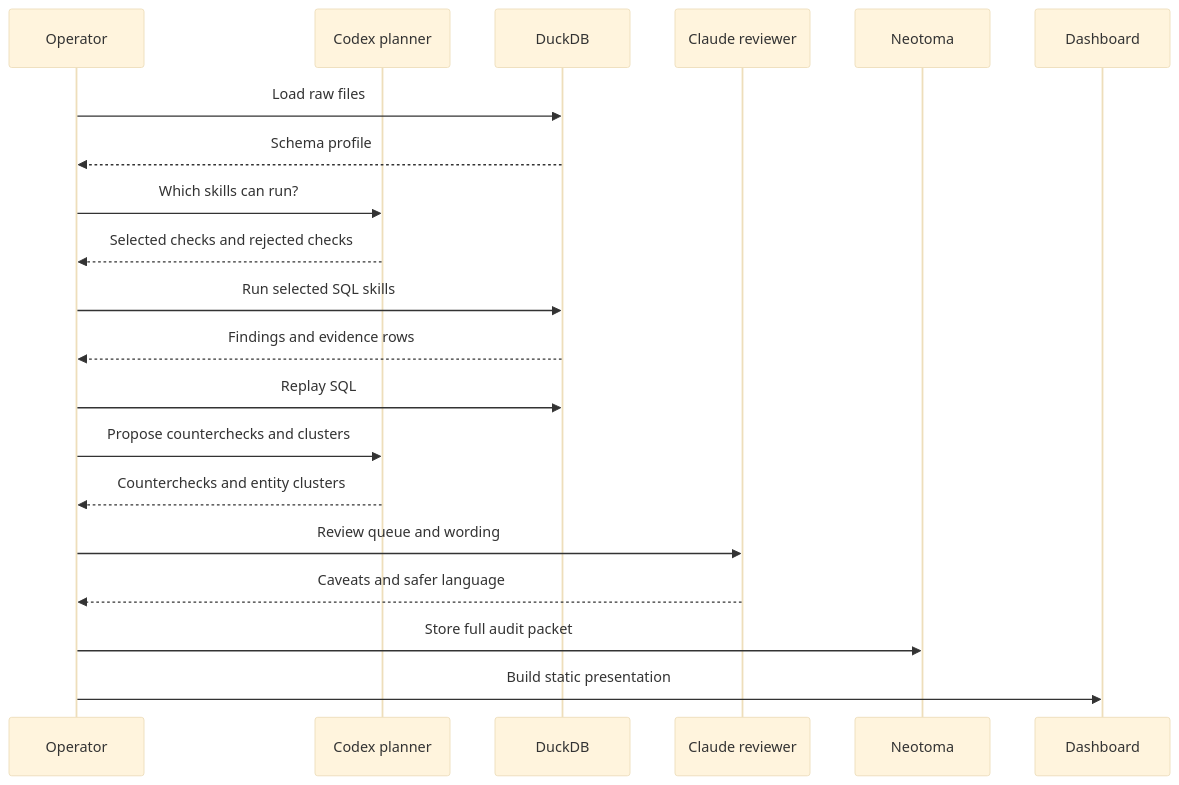
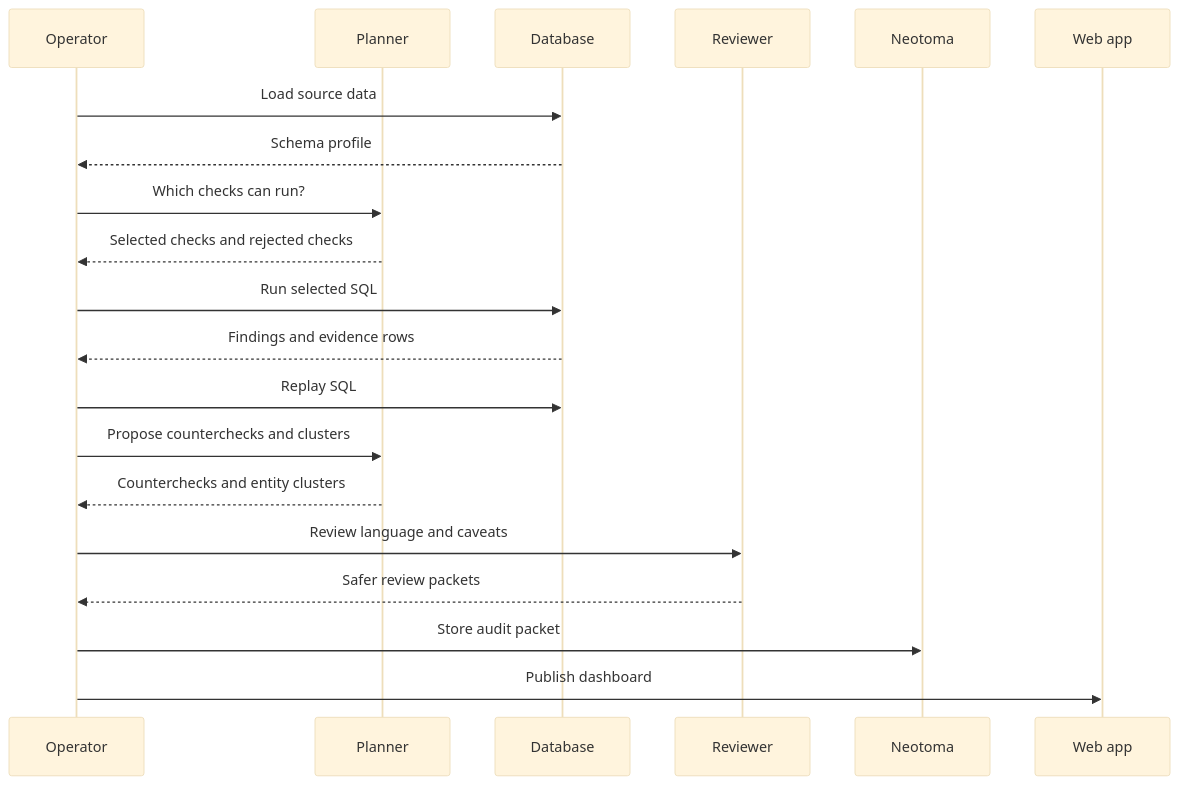
The second of 3 diagrams in README.md (Lemonbrand/agency-2026-claw), drawn with Mermaid (base theme) before and after one commit. The commit also changed other lines of this file, not shown here.

````diff
--- a/README.md
+++ b/README.md
@@ -99,23 +65,23 @@
 ```mermaid
 sequenceDiagram
     participant Operator
-    participant Codex as Codex planner
-    participant DuckDB
-    participant Claude as Claude reviewer
+    participant Planner
+    participant Database
+    participant Reviewer
     participant Neotoma
-    participant HTML as Dashboard
+    participant App as Web app
 
-    Operator->>DuckDB: Load raw files
-    DuckDB-->>Operator: Schema profile
-    Operator->>Codex: Which skills can run?
-    Codex-->>Operator: Selected checks and rejected checks
-    Operator->>DuckDB: Run selected SQL skills
-    DuckDB-->>Operator: Findings and evidence rows
-    Operator->>DuckDB: Replay SQL
-    Operator->>Codex: Propose counterchecks and clusters
-    Codex-->>Operator: Counterchecks and entity clusters
-    Operator->>Claude: Review queue and wording
-    Claude-->>Operator: Caveats and safer language
-    Operator->>Neotoma: Store full audit packet
-    Operator->>HTML: Build static presentation
+    Operator->>Database: Load source data
+    Database-->>Operator: Schema profile
+    Operator->>Planner: Which checks can run?
+    Planner-->>Operator: Selected checks and rejected checks
+    Operator->>Database: Run selected SQL
+    Database-->>Operator: Findings and evidence rows
+    Operator->>Database: Replay SQL
+    Operator->>Planner: Propose counterchecks and clusters
+    Planner-->>Operator: Counterchecks and entity clusters
+    Operator->>Reviewer: Review language and caveats
+    Reviewer-->>Operator: Safer review packets
+    Operator->>Neotoma: Store audit packet
+    Operator->>App: Publish dashboard
 ```
````
